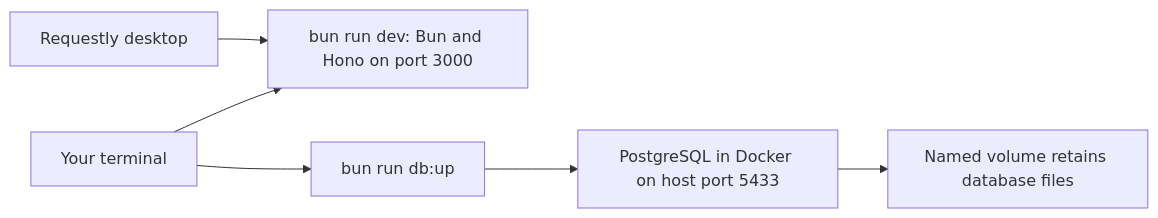
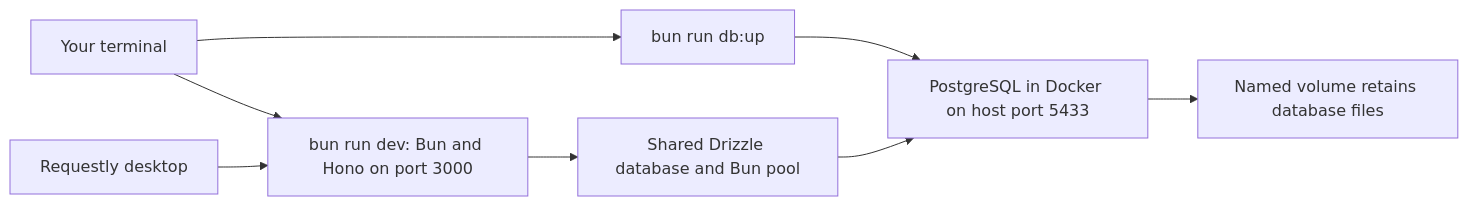
Before and after one commit to jaminwebdev/hono-drizzle-api: the second of 2 diagrams in docs/setup.md, drawn with Mermaid. The commit also changed other lines of this file and 7 other files, not shown here.

````diff
--- a/docs/setup.md
+++ b/docs/setup.md
@@ -61,8 +81,10 @@
 ```mermaid
 flowchart LR
     Terminal[Your terminal] --> API["bun run dev: Bun and Hono on port 3000"]
     Requestly[Requestly desktop] --> API
     Terminal --> Command["bun run db:up"]
     Command --> Docker["PostgreSQL in Docker on host port 5433"]
+    API --> Pool["Shared Drizzle database and Bun pool"]
+    Pool --> Docker
     Docker --> Volume[Named volume retains database files]
 ```
````
